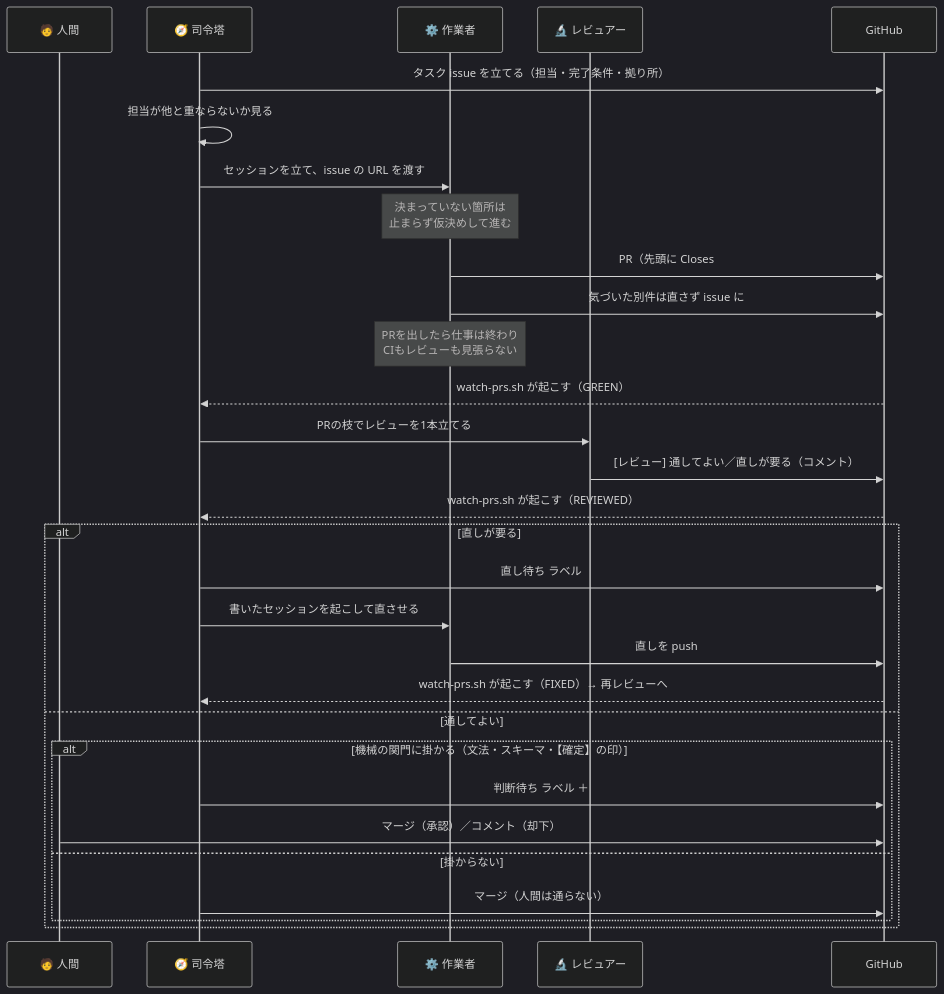
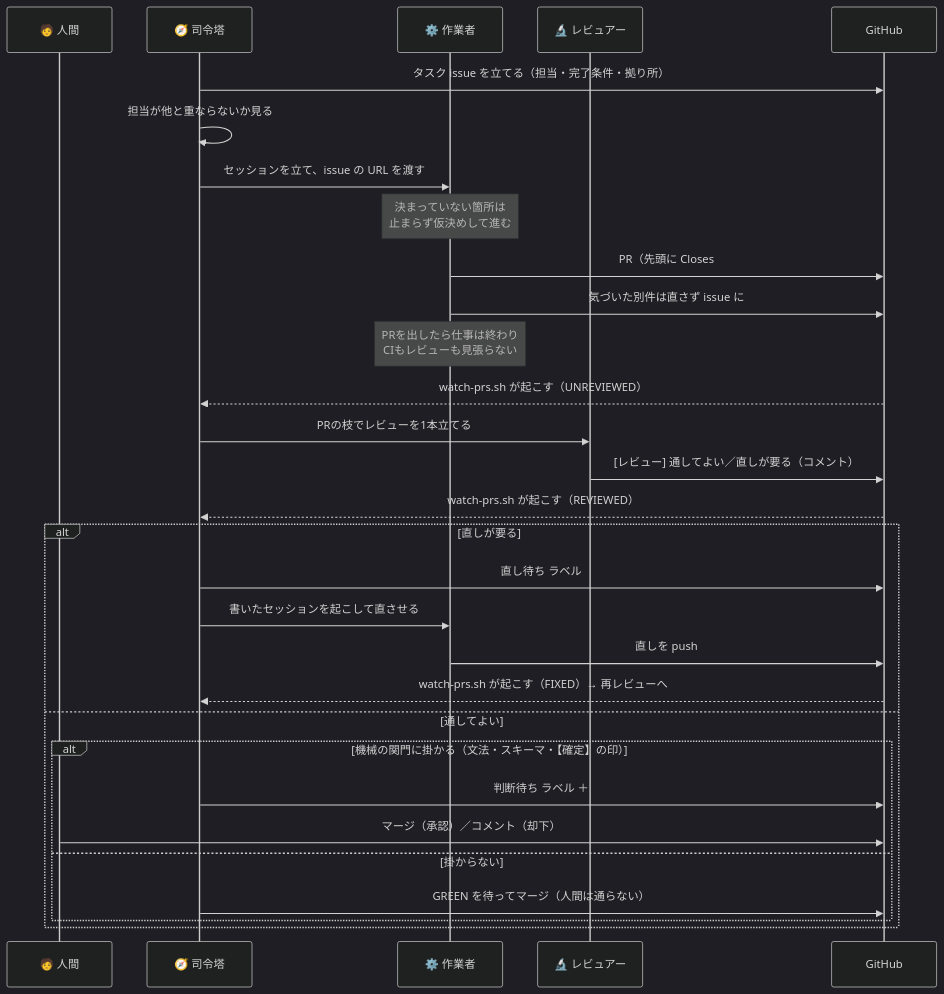
One commit to gooyyu1/UnmappedIsland changed the third of 5 diagrams in docs/ParallelAgents.md. Above: the diagram before and after it, drawn with Mermaid (dark theme). The commit also changed other lines of this file, not shown here.

First line of the commit message:
図の凡例を数え直し、合図の表を振り分けの実態から引き直す

````diff
--- a/docs/ParallelAgents.md
+++ b/docs/ParallelAgents.md
@@ -140,34 +139,34 @@
 ```mermaid
 sequenceDiagram
     participant H as 🧑 人間
     participant C as 🧭 司令塔
     participant W as ⚙️ 作業者
     participant R as 🔬 レビュアー
     participant G as GitHub
 
     C->>G: タスク issue を立てる（担当・完了条件・拠り所）
     C->>C: 担当が他と重ならないか見る
     C->>W: セッションを立て、issue の URL を渡す
     Note over W: 決まっていない箇所は<br/>止まらず仮決めして進む
     W->>G: PR（先頭に Closes #N と ## 仮決め）
     W->>G: 気づいた別件は直さず issue に
     Note over W: PRを出したら仕事は終わり<br/>CIもレビューも見張らない
-    G-->>C: watch-prs.sh が起こす（GREEN）
+    G-->>C: watch-prs.sh が起こす（UNREVIEWED）
     C->>R: PRの枝でレビューを1本立てる
     R->>G: [レビュー] 通してよい／直しが要る（コメント）
     G-->>C: watch-prs.sh が起こす（REVIEWED）
 
     alt 直しが要る
         C->>G: 直し待ち ラベル
         C->>W: 書いたセッションを起こして直させる
         W->>G: 直しを push
         G-->>C: watch-prs.sh が起こす（FIXED）→ 再レビューへ
     else 通してよい
         alt 機械の関門に掛かる（文法・スキーマ・【確定】の印）
             C->>G: 判断待ち ラベル ＋ #732 の先頭へ1行
             H->>G: マージ（承認）／コメント（却下）
         else 掛からない
-            C->>G: マージ（人間は通らない）
+            C->>G: GREEN を待ってマージ（人間は通らない）
         end
     end
 ```
````
